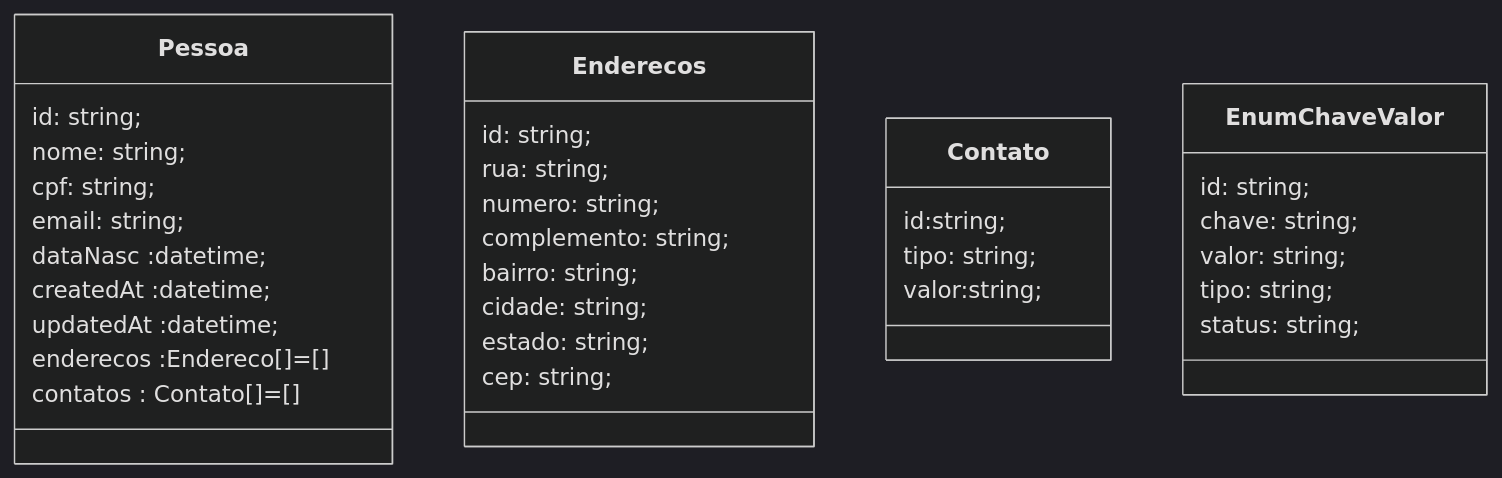
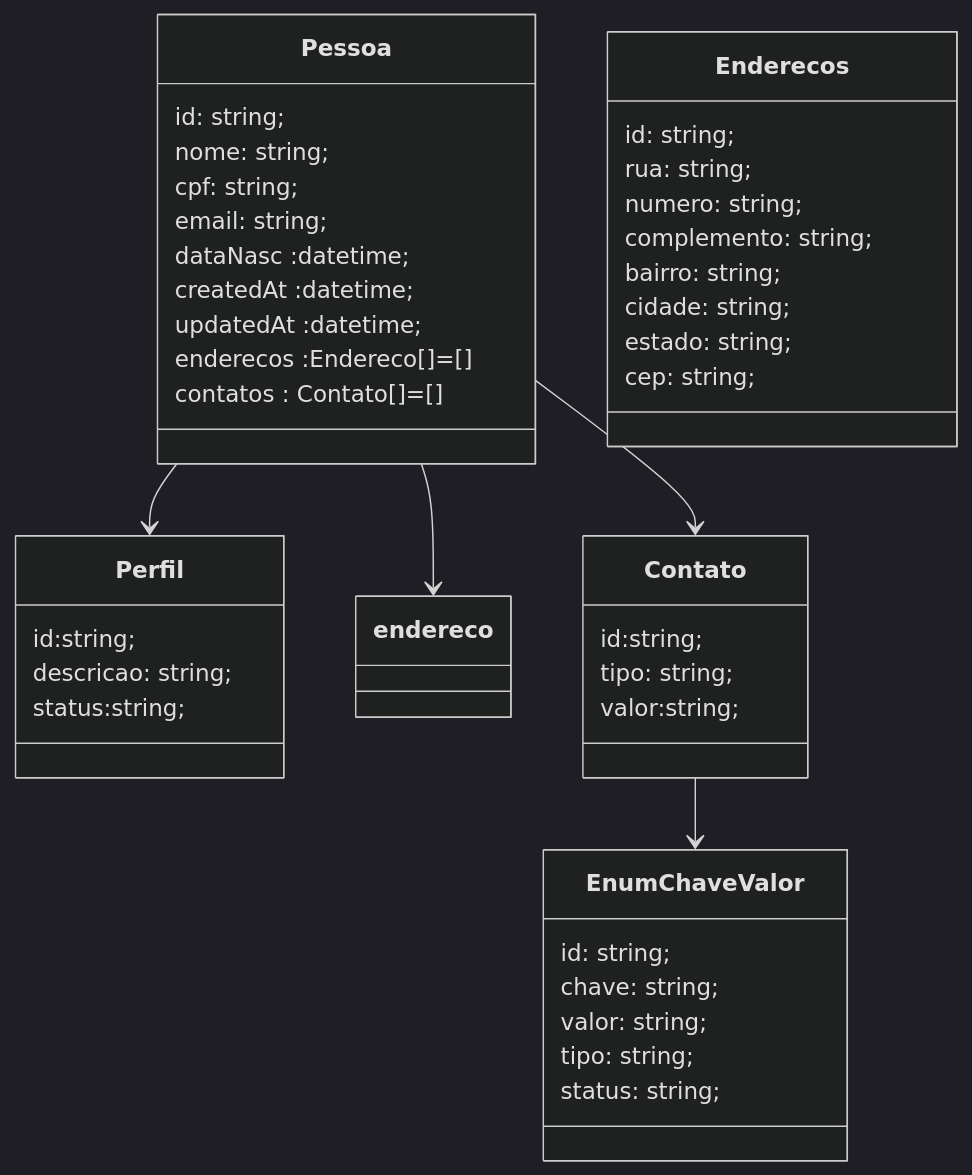
The diagram in Diagrama2.MD (DantasRocha/FinancasTI), drawn with Mermaid (dark theme) before and after one commit.

````diff
--- a/Diagrama2.MD
+++ b/Diagrama2.MD
@@ -5,42 +5,53 @@
 ```mermaid
 classDiagram
 
+
+Pessoa --> Perfil
+Pessoa --> endereco
+Pessoa --> Contato
+Contato --> EnumChaveValor
 
 class Pessoa {
     id: string;
     nome: string;
     cpf: string;
     email: string;
     dataNasc :datetime;
     createdAt :datetime;
     updatedAt :datetime;
     enderecos :Endereco[]=[]
     contatos : Contato[]=[]
 }
 
+class Perfil{
+   id:string;
+   descricao: string;
+   status:string;
+}
 
 class Enderecos {
     id: string;
     rua: string;
     numero: string;
     complemento: string;
     bairro: string;
     cidade: string;
     estado: string;
     cep: string;
 }
+
 class Contato{
    id:string;
    tipo: string;
    valor:string;
 }
 
 class EnumChaveValor{
     id: string;
     chave: string;
     valor: string;
     tipo: string;
     status: string;
 }
 
 ```
````
